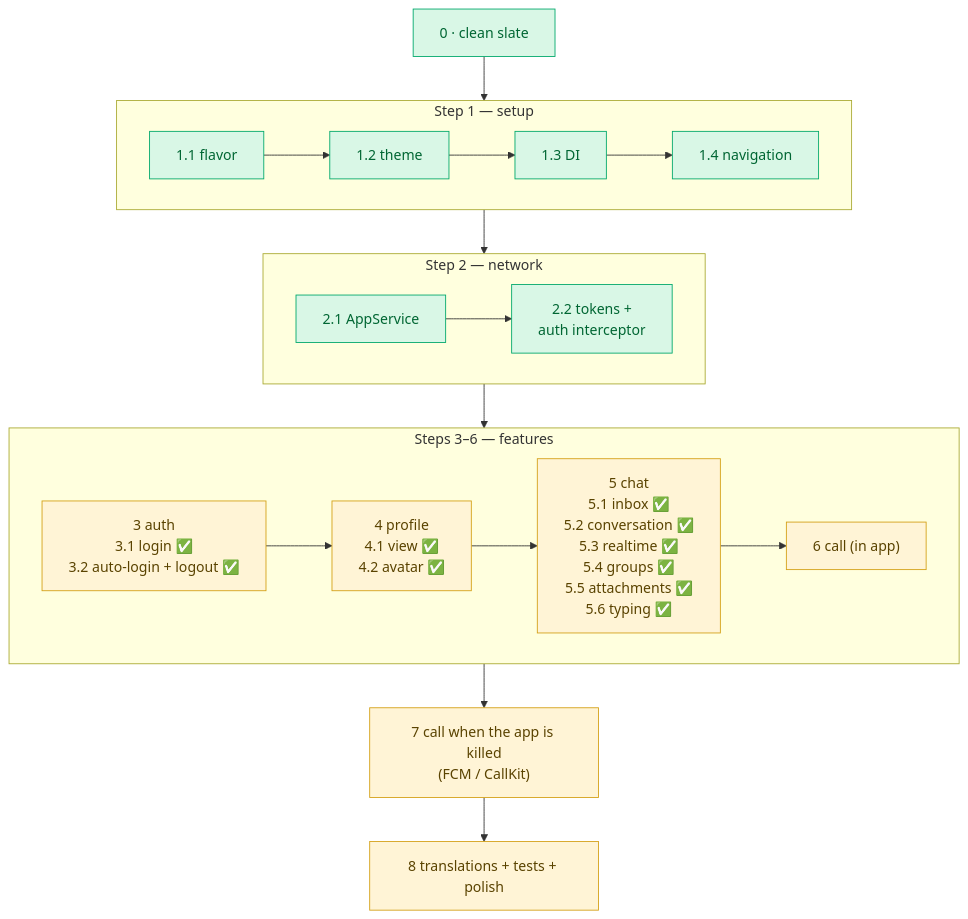
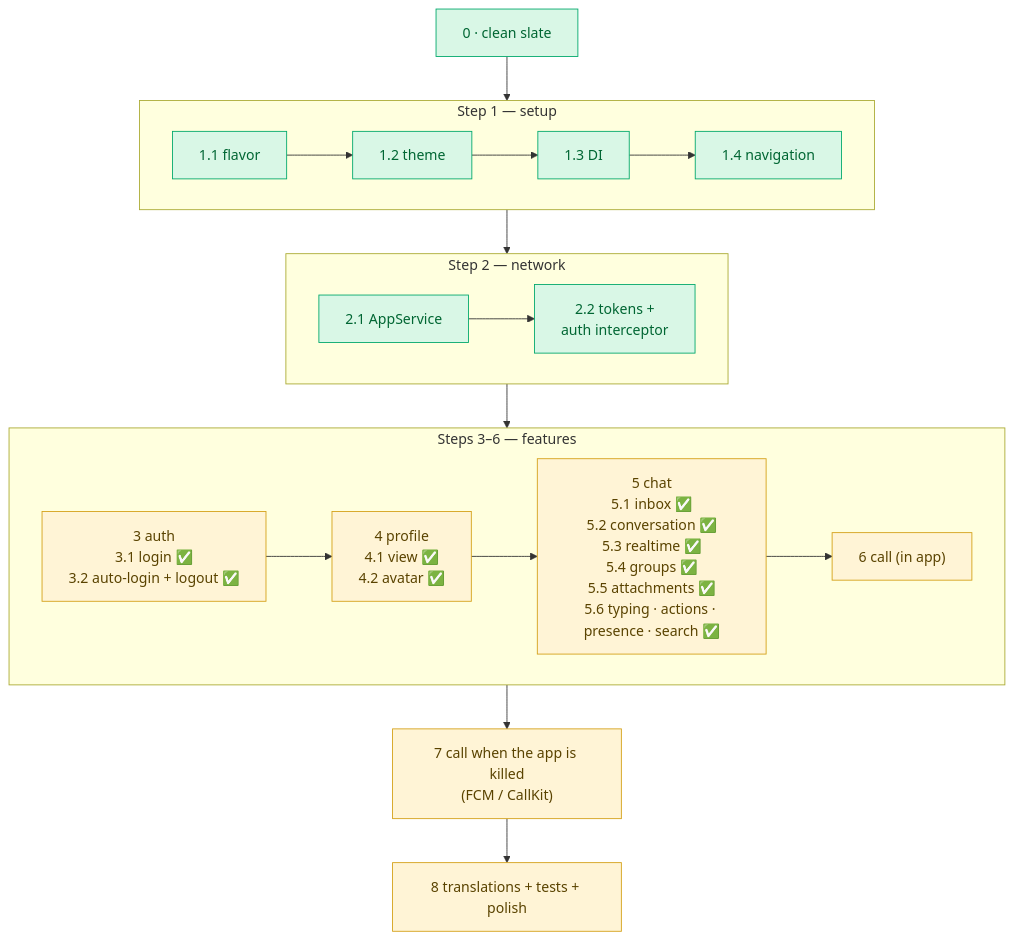
Before and after one commit to krouchvanyda/erp_flutter_claude: the third of 3 diagrams in docs/learning/REBUILD/README.md, drawn with Mermaid. The commit also changed other lines of this file and 40 other files, not shown here.

First line of the commit message:
feat(chat): implement presence model and store for user online status

````diff
--- a/docs/learning/REBUILD/README.md
+++ b/docs/learning/REBUILD/README.md
@@ -73,26 +73,26 @@
 ```mermaid
 flowchart TD
     S0["0 · clean slate"] --> STEP1
     subgraph STEP1["Step 1 — setup"]
         direction LR
         S11["1.1 flavor"] --> S12["1.2 theme"] --> S13["1.3 DI"] --> S14["1.4 navigation"]
     end
     STEP1 --> STEP2
     subgraph STEP2["Step 2 — network"]
         direction LR
         S21["2.1 AppService"] --> S22["2.2 tokens +<br/>auth interceptor"]
     end
     STEP2 --> FEATS
     subgraph FEATS["Steps 3–6 — features"]
         direction LR
-        S3["3 auth<br/>3.1 login ✅<br/>3.2 auto-login + logout ✅"] --> S4["4 profile<br/>4.1 view ✅<br/>4.2 avatar ✅"] --> S5["5 chat<br/>5.1 inbox ✅<br/>5.2 conversation ✅<br/>5.3 realtime ✅<br/>5.4 groups ✅<br/>5.5 attachments ✅<br/>5.6 typing ✅"] --> S6["6 call (in app)"]
+        S3["3 auth<br/>3.1 login ✅<br/>3.2 auto-login + logout ✅"] --> S4["4 profile<br/>4.1 view ✅<br/>4.2 avatar ✅"] --> S5["5 chat<br/>5.1 inbox ✅<br/>5.2 conversation ✅<br/>5.3 realtime ✅<br/>5.4 groups ✅<br/>5.5 attachments ✅<br/>5.6 typing · actions · presence · search ✅"] --> S6["6 call (in app)"]
     end
     FEATS --> S7["7 call when the app is killed<br/>(FCM / CallKit)"] --> S8["8 translations + tests + polish"]
     class S0,S11,S12,S13,S14,S21,S22 ok
     class S3,S4,S5,S6,S7,S8 wait
     classDef app fill:#dbe9ff,stroke:#3b6fd8,color:#123
     classDef ok fill:#d9f7e6,stroke:#00a86b,color:#063
     classDef wait fill:#fff4d6,stroke:#d4a017,color:#5a4300
     classDef none fill:#eeeeee,stroke:#999,color:#555
     classDef err fill:#fde2e2,stroke:#d64545,color:#611
 ```
````
